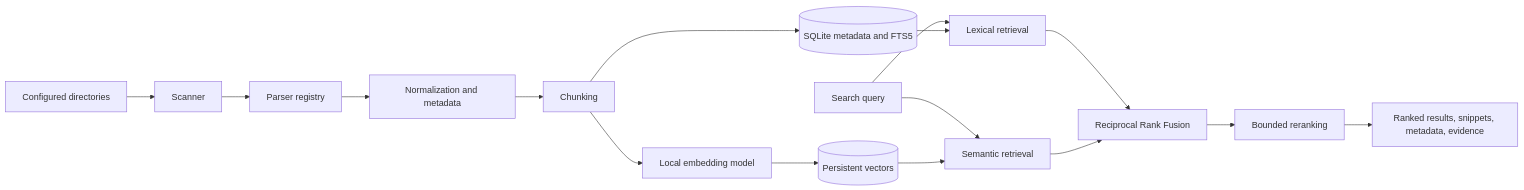
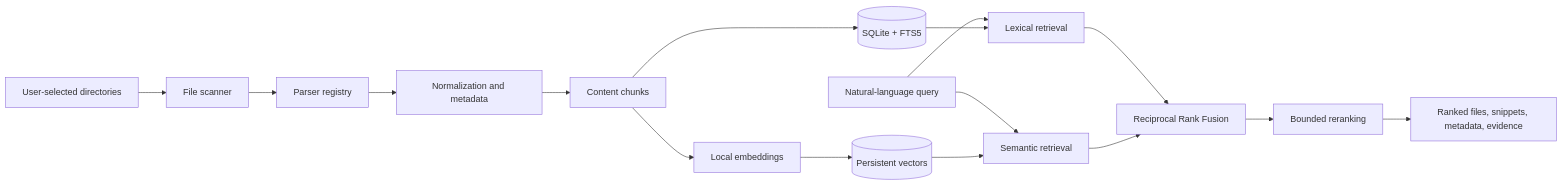
The diagram in README.md (coder-raj369/AI-Search), drawn with Mermaid before and after one commit. The commit also changed other lines of this file, not shown here.

````diff
--- a/README.md
+++ b/README.md
@@ -55,19 +49,19 @@
 ```mermaid
 flowchart LR
-        A[Configured directories] --> B[Scanner]
-        B --> C[Parser registry]
-        C --> D[Normalization and metadata]
-        D --> E[Chunking]
-        E --> F[(SQLite metadata and FTS5)]
-        E --> G[Local embedding model]
-        G --> H[(Persistent vectors)]
+    A[User-selected directories] --> B[File scanner]
+    B --> C[Parser registry]
+    C --> D[Normalization and metadata]
+    D --> E[Content chunks]
+    E --> F[(SQLite + FTS5)]
+    E --> G[Local embeddings]
+    G --> H[(Persistent vectors)]
 
-        Q[Search query] --> L[Lexical retrieval]
-        Q --> S[Semantic retrieval]
-        F --> L
-        H --> S
-        L --> R[Reciprocal Rank Fusion]
-        S --> R
-        R --> X[Bounded reranking]
-        X --> O[Ranked results, snippets, metadata, evidence]
+    Q[Natural-language query] --> L[Lexical retrieval]
+    Q --> S[Semantic retrieval]
+    F --> L
+    H --> S
+    L --> R[Reciprocal Rank Fusion]
+    S --> R
+    R --> X[Bounded reranking]
+    X --> O[Ranked files, snippets, metadata, evidence]
 ```
````
